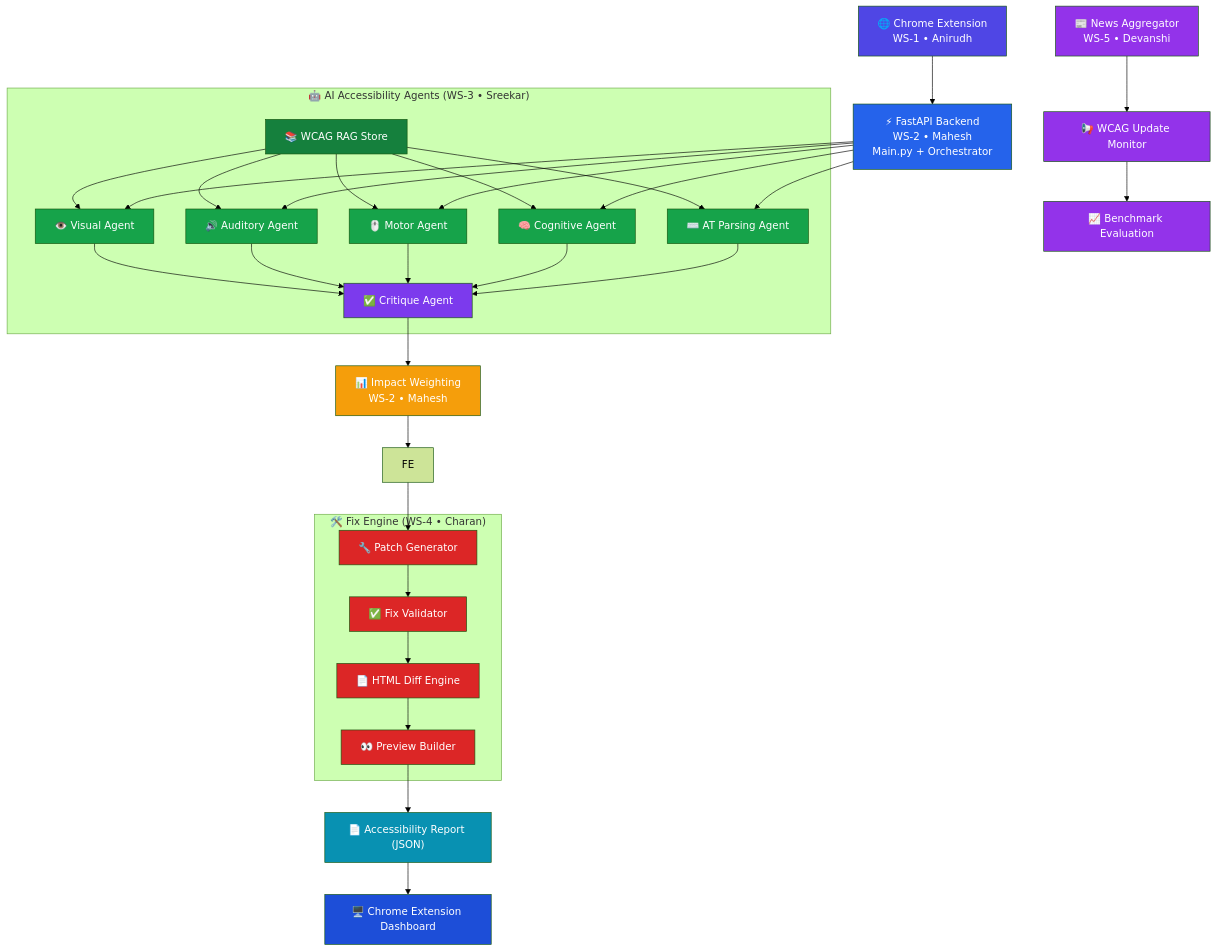
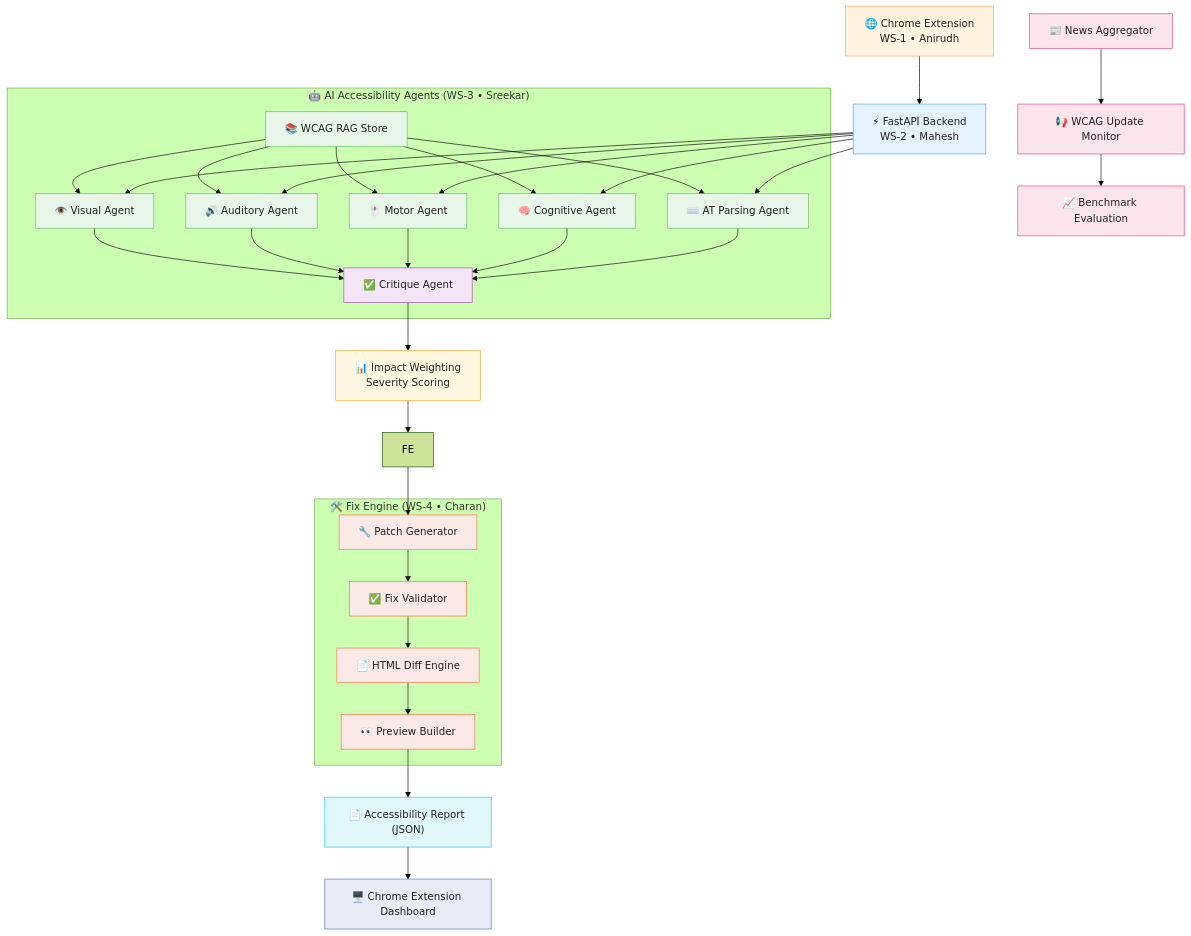
The diagram in README.md (sreeks7675/AccessAI), drawn with Mermaid (forest theme) before and after one commit.

````diff
--- a/README.md
+++ b/README.md
@@ -52,7 +52,7 @@
 
 A["🌐 Chrome Extension<br/>WS-1 • Anirudh"]
 
-B["⚡ FastAPI Backend<br/>WS-2 • Mahesh<br/>Main.py + Orchestrator"]
+B["⚡ FastAPI Backend<br/>WS-2 • Mahesh"]
 
 A --> B
 
@@ -90,7 +90,7 @@
 
 CR --> IW
 
-IW["📊 Impact Weighting<br/>WS-2 • Mahesh"]
+IW["📊 Impact Weighting<br/>Severity Scoring"]
 
 IW --> FE
 
@@ -113,39 +113,43 @@
 
 REPORT["📄 Accessibility Report (JSON)"]
 
-REPORT --> EXT
+REPORT --> DASH
 
-EXT["🖥️ Chrome Extension Dashboard"]
+DASH["🖥️ Chrome Extension Dashboard"]
 
-NEWS["📰 News Aggregator<br/>WS-5 • Devanshi"]
+NEWS["📰 News Aggregator"]
 WCAG["📢 WCAG Update Monitor"]
 BENCH["📈 Benchmark Evaluation"]
 
 NEWS --> WCAG
 WCAG --> BENCH
 
-style A fill:#4F46E5,color:#fff
-style B fill:#2563EB,color:#fff
+%% -----------------------------
+%% Soft Professional Colors
+%% -----------------------------
 
-style V fill:#16A34A,color:#fff
-style AU fill:#16A34A,color:#fff
-style M fill:#16A34A,color:#fff
-style C fill:#16A34A,color:#fff
-style AT fill:#16A34A,color:#fff
-style RAG fill:#15803D,color:#fff
-style CR fill:#7C3AED,color:#fff
+style A fill:#FFF3E0,stroke:#F4A261,color:#222
+style B fill:#E3F2FD,stroke:#42A5F5,color:#222
 
-style IW fill:#F59E0B,color:#fff
+style V fill:#E8F5E9,stroke:#66BB6A,color:#222
+style AU fill:#E8F5E9,stroke:#66BB6A,color:#222
+style M fill:#E8F5E9,stroke:#66BB6A,color:#222
+style C fill:#E8F5E9,stroke:#66BB6A,color:#222
+style AT fill:#E8F5E9,stroke:#66BB6A,color:#222
+style RAG fill:#E8F5E9,stroke:#66BB6A,color:#222
+style CR fill:#F3E5F5,stroke:#AB47BC,color:#222
 
-style PG fill:#DC2626,color:#fff
-style FV fill:#DC2626,color:#fff
-style DE fill:#DC2626,color:#fff
-style PB fill:#DC2626,color:#fff
+style IW fill:#FFF8E1,stroke:#F9A825,color:#222
 
-style REPORT fill:#0891B2,color:#fff
-style EXT fill:#1D4ED8,color:#fff
+style PG fill:#FBE9E7,stroke:#FF7043,color:#222
+style FV fill:#FBE9E7,stroke:#FF7043,color:#222
+style DE fill:#FBE9E7,stroke:#FF7043,color:#222
+style PB fill:#FBE9E7,stroke:#FF7043,color:#222
 
-style NEWS fill:#9333EA,color:#fff
-style WCAG fill:#9333EA,color:#fff
-style BENCH fill:#9333EA,color:#fff
+style REPORT fill:#E0F7FA,stroke:#26C6DA,color:#222
+style DASH fill:#E8EAF6,stroke:#5C6BC0,color:#222
+
+style NEWS fill:#FCE4EC,stroke:#EC407A,color:#222
+style WCAG fill:#FCE4EC,stroke:#EC407A,color:#222
+style BENCH fill:#FCE4EC,stroke:#EC407A,color:#222
 ```
````
